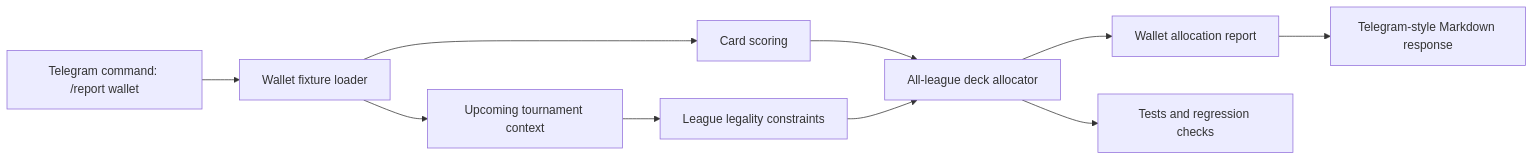
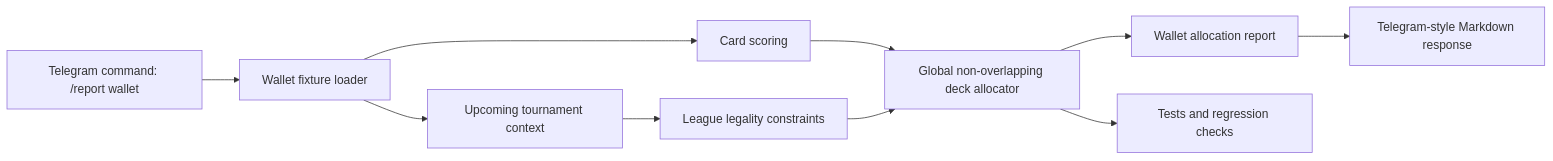
Before and after one commit to kirillsaven/fantasy-top-wallet-allocator-demo: the diagram in docs/architecture.md, drawn with Mermaid. The commit also changed other lines of this file and 11 other files, not shown here.

````diff
--- a/docs/architecture.md
+++ b/docs/architecture.md
@@ -6,12 +6,12 @@
 ```mermaid
 flowchart LR
   A[Telegram command: /report wallet] --> B[Wallet fixture loader]
   B --> C[Upcoming tournament context]
   C --> D[League legality constraints]
   B --> E[Card scoring]
-  E --> F[All-league deck allocator]
+  E --> F[Global non-overlapping deck allocator]
   D --> F
   F --> G[Wallet allocation report]
   G --> H[Telegram-style Markdown response]
   F --> I[Tests and regression checks]
 ```
````
